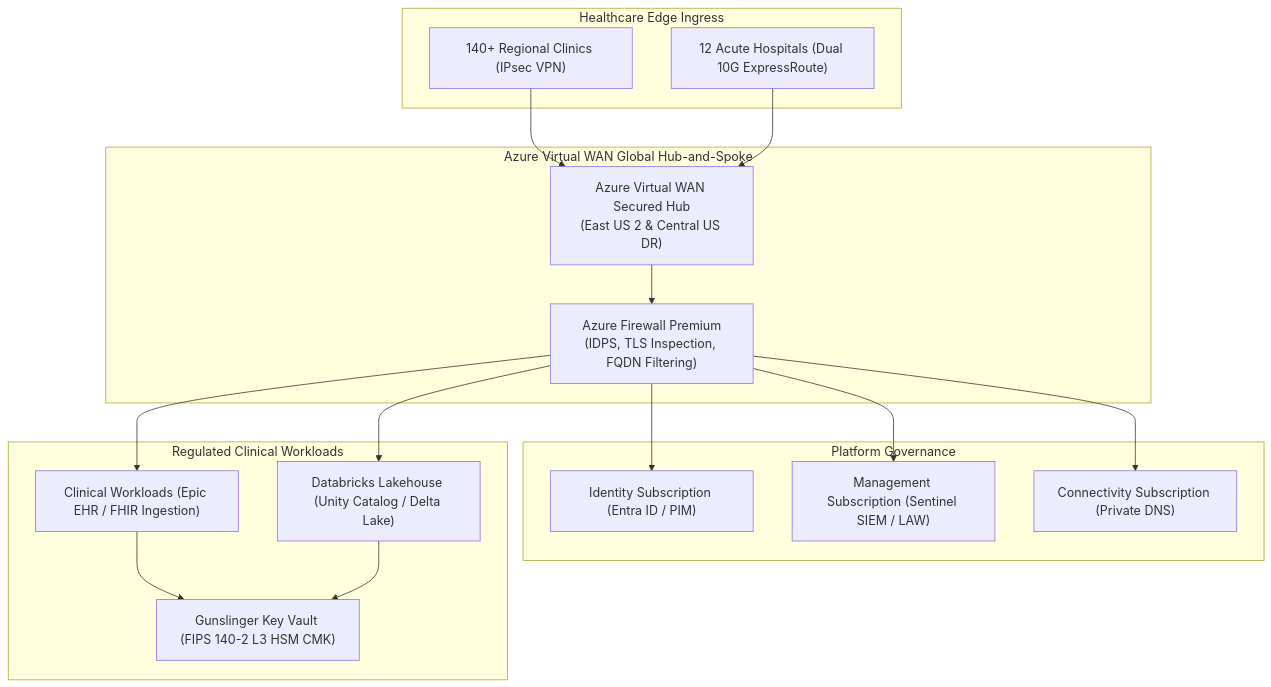
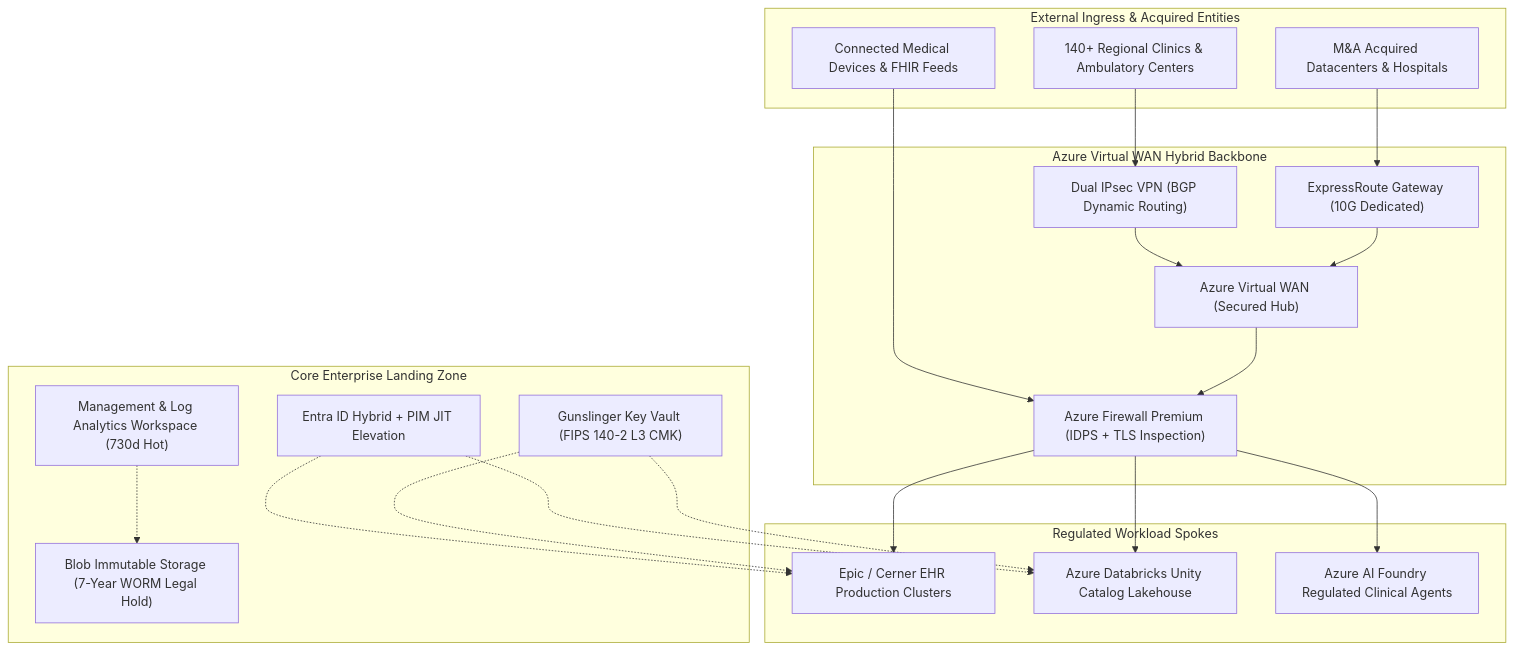
The first of 2 diagrams in README.md (FreeFades2Black/mosaic-health-cloud-architecture), drawn with Mermaid before and after one commit. The commit also changed other lines of this file, not shown here.

Commit message:
docs(readme): expand README with AI Foundry regulation, OIDC secrets, and live monitor index

````diff
--- a/README.md
+++ b/README.md
@@ -99,35 +119,46 @@
 ```mermaid
 graph TD
-    subgraph "Healthcare Edge Ingress"
-        Clinics["140+ Regional Clinics (IPsec VPN)"]
-        Hospitals["12 Acute Hospitals (Dual 10G ExpressRoute)"]
+    subgraph "External Ingress & Acquired Entities"
+        Clinics["140+ Regional Clinics & Ambulatory Centers"]
+        AcquiredDC["M&A Acquired Datacenters & Hospitals"]
+        Telemetry["Connected Medical Devices & FHIR Feeds"]
     end
 
-    subgraph "Azure Virtual WAN Global Hub-and-Spoke"
-        vWANHub["Azure Virtual WAN Secured Hub<br/>(East US 2 & Central US DR)"]
-        SecuredFW["Azure Firewall Premium<br/>(IDPS, TLS Inspection, FQDN Filtering)"]
-        vWANHub --> SecuredFW
+    subgraph "Azure Virtual WAN Hybrid Backbone"
+        vWAN["Azure Virtual WAN (Secured Hub)"]
+        ER["ExpressRoute Gateway (10G Dedicated)"]
+        VPN["Dual IPsec VPN (BGP Dynamic Routing)"]
+        AzFW["Azure Firewall Premium (IDPS + TLS Inspection)"]
     end
 
-    subgraph "Platform Governance"
-        IdSub["Identity Subscription (Entra ID / PIM)"]
-        MgmtSub["Management Subscription (Sentinel SIEM / LAW)"]
-        ConnSub["Connectivity Subscription (Private DNS)"]
+    subgraph "Core Enterprise Landing Zone"
+        Identity["Entra ID Hybrid + PIM JIT Elevation"]
+        Mgmt["Management & Log Analytics Workspace (730d Hot)"]
+        Storage["Blob Immutable Storage (7-Year WORM Legal Hold)"]
+        KeyVault["Gunslinger Key Vault (FIPS 140-2 L3 CMK)"]
     end
 
-    subgraph "Regulated Clinical Workloads"
-        ClinicalSub["Clinical Workloads (Epic EHR / FHIR Ingestion)"]
-        LakehouseSub["Databricks Lakehouse (Unity Catalog / Delta Lake)"]
-        KV["Gunslinger Key Vault (FIPS 140-2 L3 HSM CMK)"]
+    subgraph "Regulated Workload Spokes"
+        EHRWorkloads["Epic / Cerner EHR Production Clusters"]
+        LakehouseSpoke["Azure Databricks Unity Catalog Lakehouse"]
+        AIFoundry["Azure AI Foundry Regulated Clinical Agents"]
     end
 
-    Clinics --> vWANHub
-    Hospitals --> vWANHub
-    SecuredFW --> IdSub
-    SecuredFW --> MgmtSub
-    SecuredFW --> ConnSub
-    SecuredFW --> ClinicalSub
-    SecuredFW --> LakehouseSub
-    ClinicalSub --> KV
-    LakehouseSub --> KV
+    Clinics --> VPN
+    AcquiredDC --> ER
+    Telemetry --> AzFW
+
+    VPN --> vWAN
+    ER --> vWAN
+    vWAN --> AzFW
+
+    AzFW --> EHRWorkloads
+    AzFW --> LakehouseSpoke
+    AzFW --> AIFoundry
+
+    Identity -.-> EHRWorkloads
+    Identity -.-> LakehouseSpoke
+    KeyVault -.-> EHRWorkloads
+    KeyVault -.-> LakehouseSpoke
+    Mgmt -.-> Storage
 ```
````
